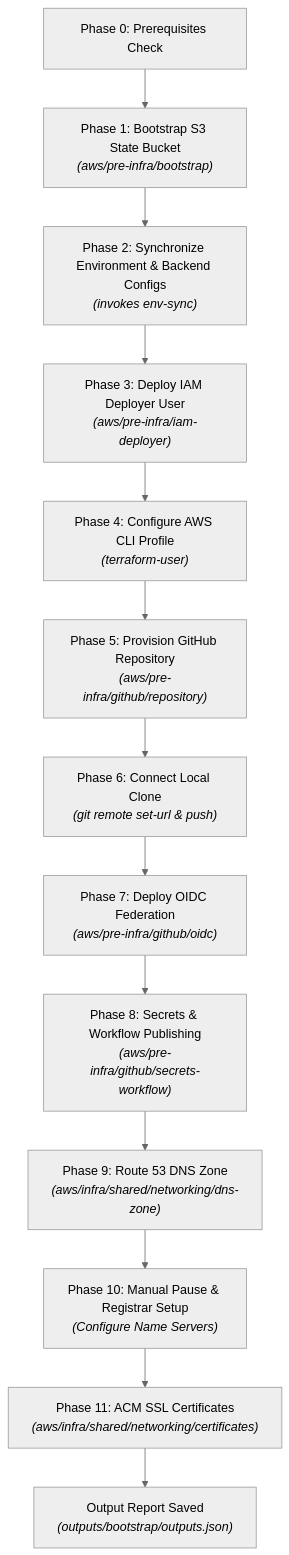
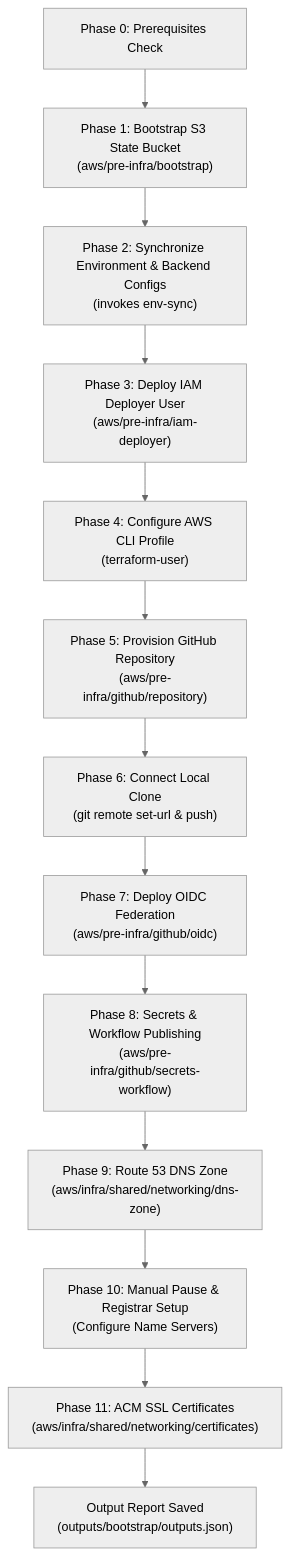
One commit to Beep1608/cleanmybelly changed the diagram in docs/reference/bootstrap_cli.md. Above: the diagram before and after it, drawn with Mermaid (neutral theme). The commit also changed other lines of this file and 2 other files, not shown here.

Commit message:
I've fixed docuemntation

````diff
--- a/docs/reference/bootstrap_cli.md
+++ b/docs/reference/bootstrap_cli.md
@@ -89,15 +89,15 @@
 ```mermaid
 graph TD
-    P0["Phase 0: Prerequisites Check"] --> P1["Phase 1: Bootstrap S3 State Bucket<br><i>(aws/pre-infra/bootstrap)</i>"]
-    P1 --> P2["Phase 2: Synchronize Environment & Backend Configs<br><i>(invokes env-sync)</i>"]
-    P2 --> P3["Phase 3: Deploy IAM Deployer User<br><i>(aws/pre-infra/iam-deployer)</i>"]
-    P3 --> P4["Phase 4: Configure AWS CLI Profile<br><i>(terraform-user)</i>"]
-    P4 --> P5["Phase 5: Provision GitHub Repository<br><i>(aws/pre-infra/github/repository)</i>"]
-    P5 --> P6["Phase 6: Connect Local Clone<br><i>(git remote set-url & push)</i>"]
-    P6 --> P7["Phase 7: Deploy OIDC Federation<br><i>(aws/pre-infra/github/oidc)</i>"]
-    P7 --> P8["Phase 8: Secrets & Workflow Publishing<br><i>(aws/pre-infra/github/secrets-workflow)</i>"]
-    P8 --> P9["Phase 9: Route 53 DNS Zone<br><i>(aws/infra/shared/networking/dns-zone)</i>"]
-    P9 --> PAUSE["Phase 10: Manual Pause & Registrar Setup<br><i>(Configure Name Servers)</i>"]
-    PAUSE --> P11["Phase 11: ACM SSL Certificates<br><i>(aws/infra/shared/networking/certificates)</i>"]
-    P11 --> DONE["Output Report Saved<br><i>(outputs/bootstrap/outputs.json)</i>"]
+    P0["Phase 0: Prerequisites Check"] --> P1["Phase 1: Bootstrap S3 State Bucket<br>(aws/pre-infra/bootstrap)"]
+    P1 --> P2["Phase 2: Synchronize Environment & Backend Configs<br>(invokes env-sync)"]
+    P2 --> P3["Phase 3: Deploy IAM Deployer User<br>(aws/pre-infra/iam-deployer)"]
+    P3 --> P4["Phase 4: Configure AWS CLI Profile<br>(terraform-user)"]
+    P4 --> P5["Phase 5: Provision GitHub Repository<br>(aws/pre-infra/github/repository)"]
+    P5 --> P6["Phase 6: Connect Local Clone<br>(git remote set-url & push)"]
+    P6 --> P7["Phase 7: Deploy OIDC Federation<br>(aws/pre-infra/github/oidc)"]
+    P7 --> P8["Phase 8: Secrets & Workflow Publishing<br>(aws/pre-infra/github/secrets-workflow)"]
+    P8 --> P9["Phase 9: Route 53 DNS Zone<br>(aws/infra/shared/networking/dns-zone)"]
+    P9 --> PAUSE["Phase 10: Manual Pause & Registrar Setup<br>(Configure Name Servers)"]
+    PAUSE --> P11["Phase 11: ACM SSL Certificates<br>(aws/infra/shared/networking/certificates)"]
+    P11 --> DONE["Output Report Saved<br>(outputs/bootstrap/outputs.json)"]
 ```
````
